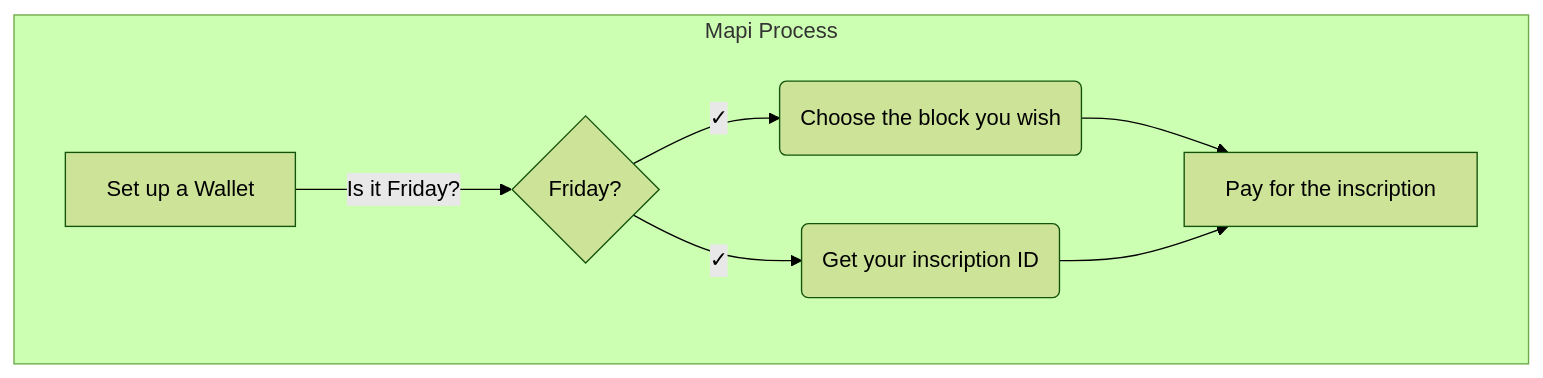
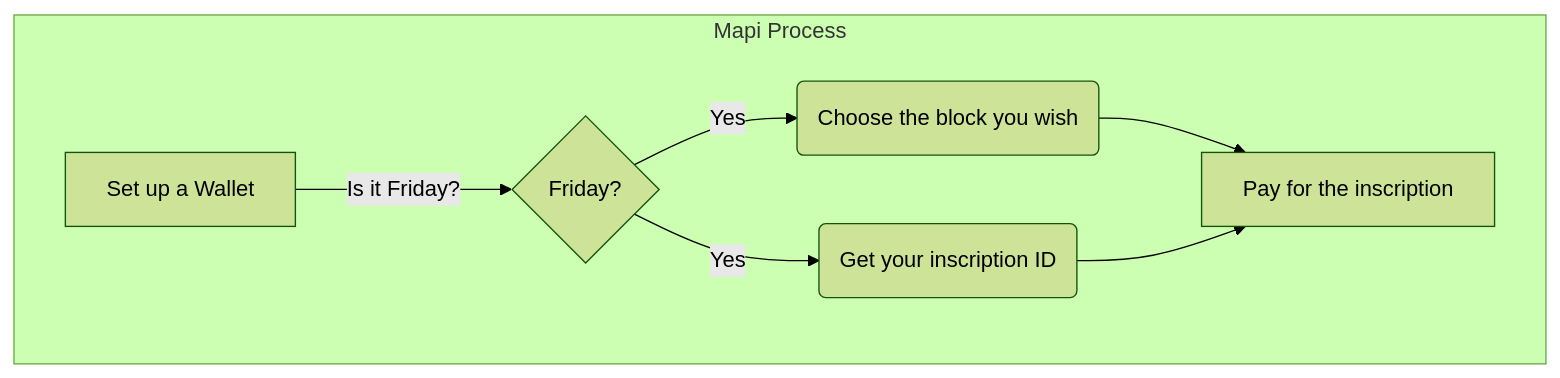
Before and after one commit to 3D4D5D/3D4D5D: the diagram in README.md, drawn with Mermaid (forest theme).

````diff
--- a/README.md
+++ b/README.md
@@ -18,11 +18,11 @@
 ```mermaid
 graph TD
   subgraph Mapi Process
     A[Set up a Wallet] -->|Is it Friday?| B{Friday?}
-    B -- ✓ --> C(Choose the block you wish)
-    B -- ✓ --> D(Get your inscription ID)
+    B -- Yes --> C(Choose the block you wish)
+    B -- Yes --> D(Get your inscription ID)
     C --> E[Pay for the inscription]
     D --> E
   end
 
 ```
````
